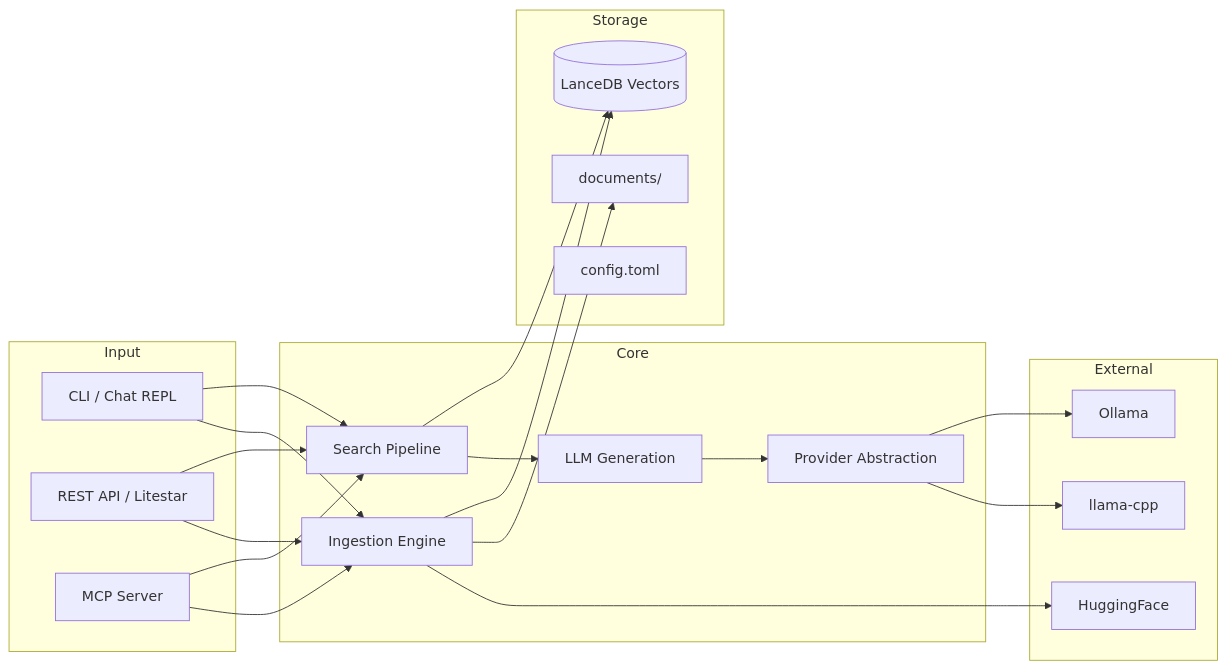
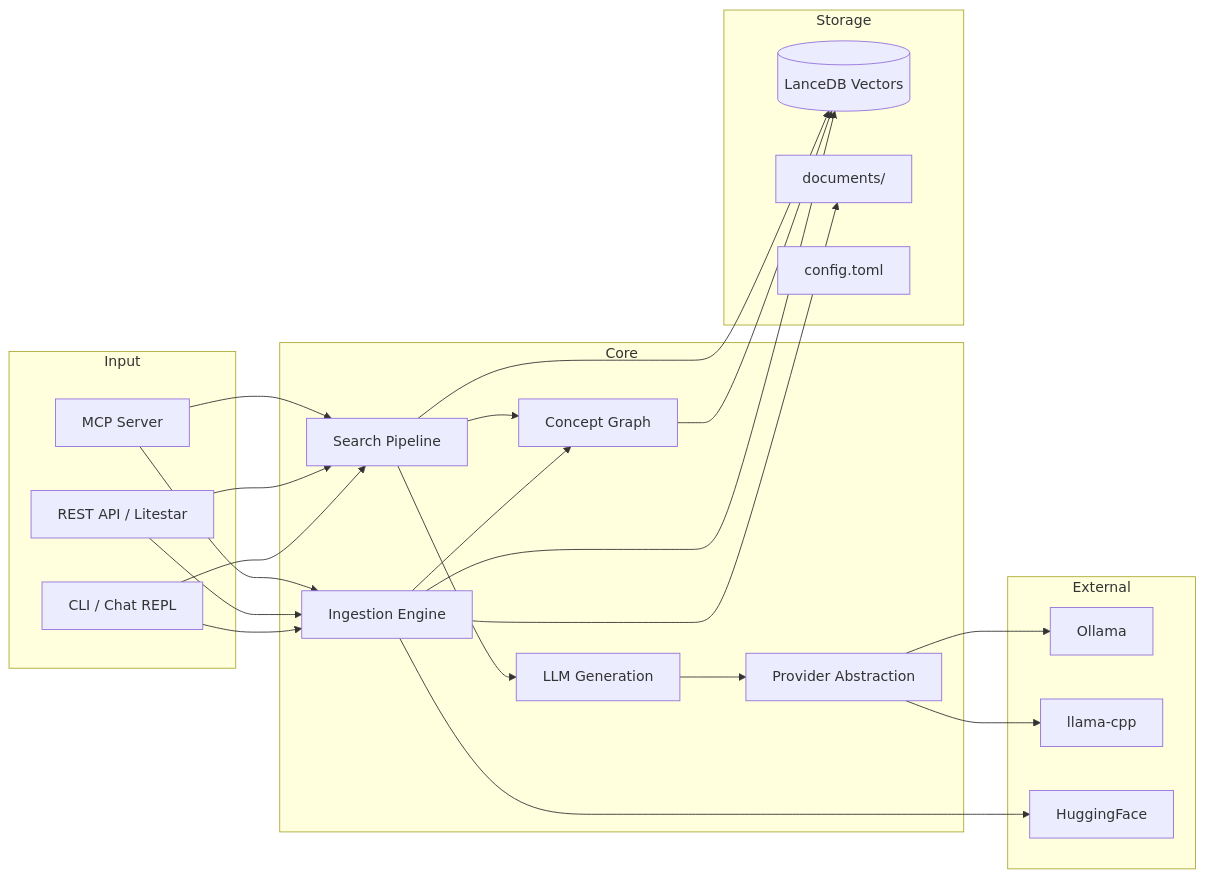
The first of 3 diagrams in docs/architecture.md (tobocop2/lilbee), drawn with Mermaid before and after one commit. The commit also changed other lines of this file, not shown here.

Commit message:
docs: add concept graph to architecture diagrams and technique reference

````diff
--- a/docs/architecture.md
+++ b/docs/architecture.md
@@ -15,38 +15,42 @@
 ```mermaid
 flowchart LR
     subgraph Input
         CLI[CLI / Chat REPL]
         API[REST API / Litestar]
         MCP[MCP Server]
     end
 
     subgraph Core
         INGEST[Ingestion Engine]
+        CONCEPT[Concept Graph]
         SEARCH[Search Pipeline]
         GEN[LLM Generation]
         PROV[Provider Abstraction]
     end
 
     subgraph Storage
         LANCE[(LanceDB Vectors)]
         DOCS[documents/]
         CONF[config.toml]
     end
 
     subgraph External
         OLLAMA[Ollama]
         LLAMA[llama-cpp]
         HF[HuggingFace]
     end
 
     CLI --> SEARCH & INGEST
     API --> SEARCH & INGEST
     MCP --> SEARCH & INGEST
 
     INGEST --> LANCE & DOCS
+    INGEST --> CONCEPT
+    CONCEPT --> LANCE
     SEARCH --> LANCE
+    SEARCH --> CONCEPT
     SEARCH --> GEN
     GEN --> PROV
     PROV --> OLLAMA & LLAMA
     INGEST --> HF
 ```
````
